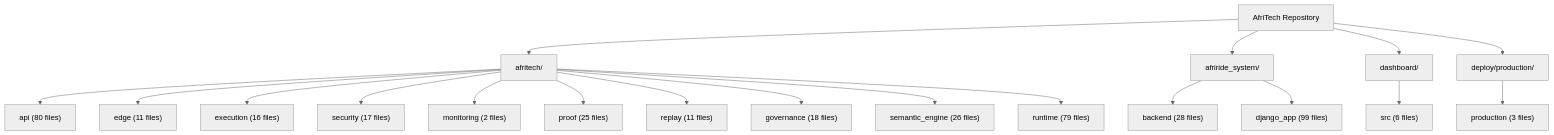
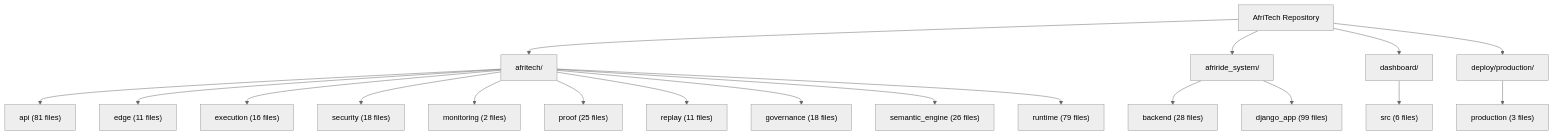
One commit to Strelly2023/afritelematics changed the second of 2 diagrams in docs/architecture/AFRITECH_FULL_ARCHITECTURE_GRAPH.md. Above: the diagram before and after it, drawn with Mermaid (neutral theme). The commit also changed other lines of this file and 12 other files, not shown here.

````diff
--- a/docs/architecture/AFRITECH_FULL_ARCHITECTURE_GRAPH.md
+++ b/docs/architecture/AFRITECH_FULL_ARCHITECTURE_GRAPH.md
@@ -64,23 +64,23 @@
 ```mermaid
 flowchart TD
     Root["AfriTech Repository"] --> Core["afritech/"]
     Root --> Ride["afriride_system/"]
     Root --> Ui["dashboard/"]
     Root --> Deploy["deploy/production/"]
 
-    Core --> Api["api (80 files)"]
+    Core --> Api["api (81 files)"]
     Core --> Edge["edge (11 files)"]
     Core --> Execution["execution (16 files)"]
-    Core --> Security["security (17 files)"]
+    Core --> Security["security (18 files)"]
     Core --> Monitoring["monitoring (2 files)"]
     Core --> Proof["proof (25 files)"]
     Core --> Replay["replay (11 files)"]
     Core --> Governance["governance (18 files)"]
     Core --> Semantic["semantic_engine (26 files)"]
     Core --> Runtime["runtime (79 files)"]
 
     Ride --> Backend["backend (28 files)"]
     Ride --> Django["django_app (99 files)"]
     Ui --> Dashboard["src (6 files)"]
     Deploy --> Production["production (3 files)"]
 ```
````
